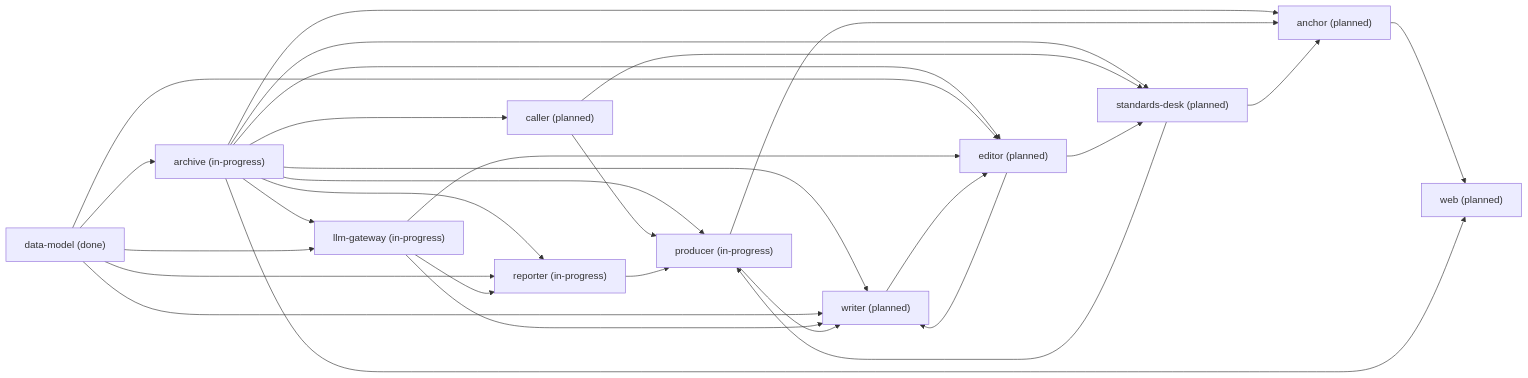
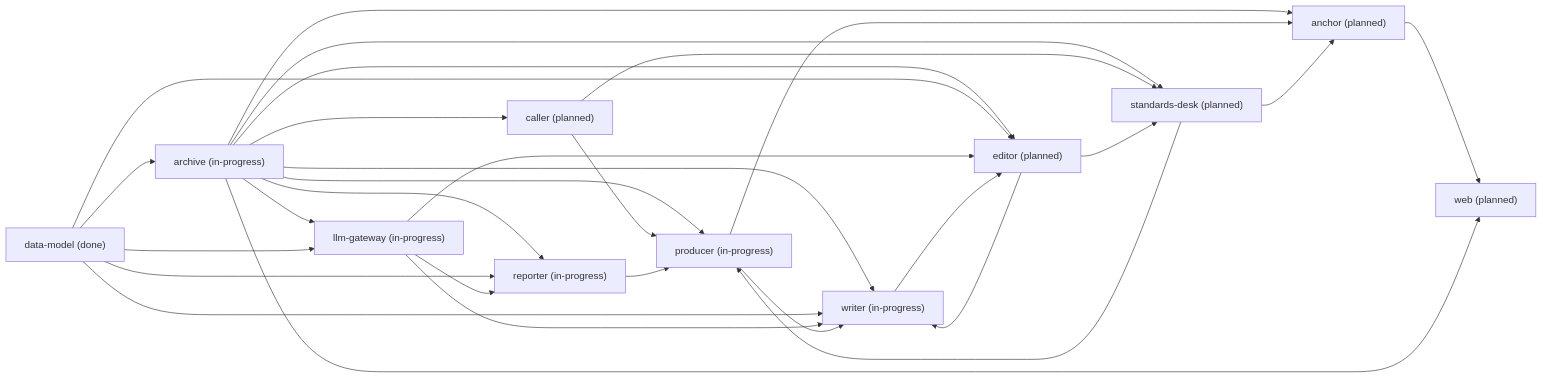
Before and after one commit to Yadnu/newsroom: the diagram in context/GRAPH.md, drawn with Mermaid. The commit also changed other lines of this file and 20 other files, not shown here.

````diff
--- a/context/GRAPH.md
+++ b/context/GRAPH.md
@@ -30,42 +30,42 @@
 ```mermaid
 flowchart LR
   anchor["anchor (planned)"]
   archive["archive (in-progress)"]
   caller["caller (planned)"]
   data_model["data-model (done)"]
   editor["editor (planned)"]
   llm_gateway["llm-gateway (in-progress)"]
   producer["producer (in-progress)"]
   reporter["reporter (in-progress)"]
   standards_desk["standards-desk (planned)"]
   web["web (planned)"]
-  writer["writer (planned)"]
+  writer["writer (in-progress)"]
   anchor --> web
   archive --> anchor
   archive --> caller
   archive --> editor
   archive --> llm_gateway
   archive --> producer
   archive --> reporter
   archive --> standards_desk
   archive --> web
   archive --> writer
   caller --> producer
   caller --> standards_desk
   data_model --> archive
   data_model --> editor
   data_model --> llm_gateway
   data_model --> reporter
   data_model --> writer
   editor --> standards_desk
   editor --> writer
   llm_gateway --> editor
   llm_gateway --> reporter
   llm_gateway --> writer
   producer --> anchor
   producer --> writer
   reporter --> producer
   standards_desk --> anchor
   standards_desk --> producer
   writer --> editor
 ```
````
